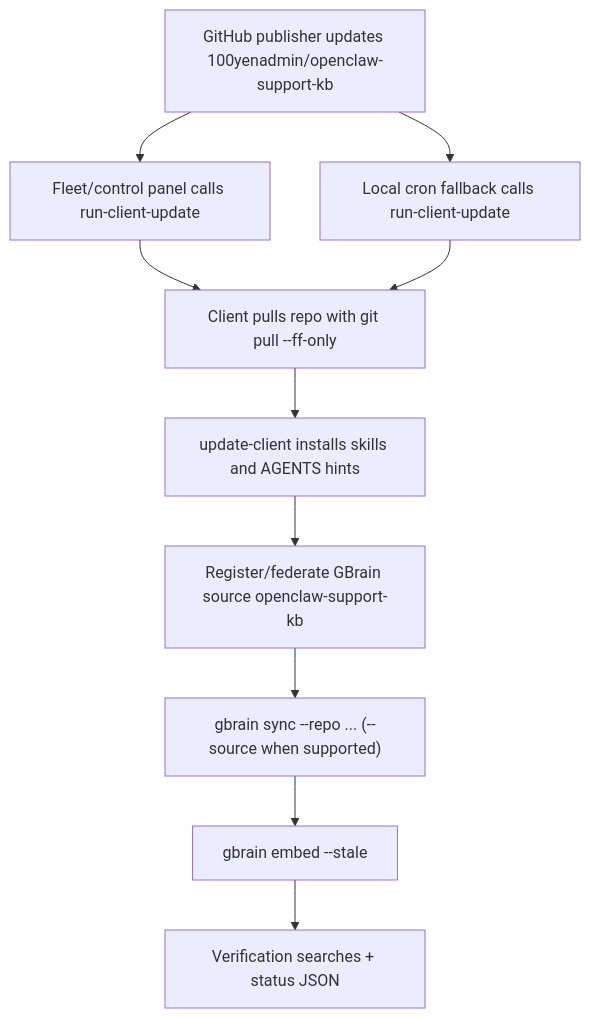
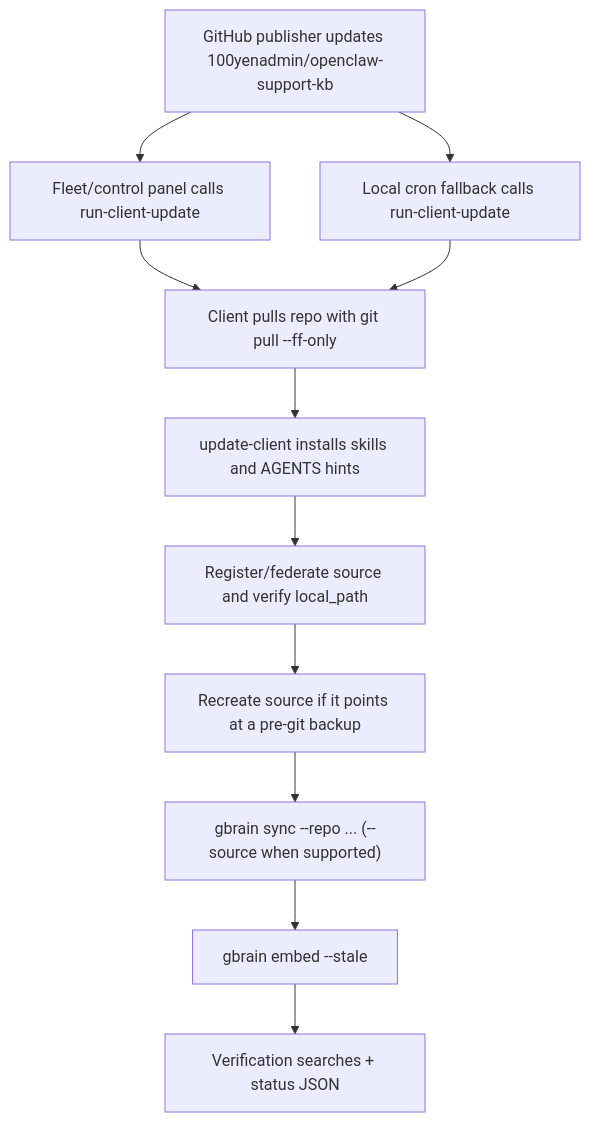
One commit to 100yenadmin/openclaw-support-kb changed the diagram in README.md. Above: the diagram before and after it, drawn with Mermaid. The commit also changed other lines of this file and 31 other files, not shown here.

Commit message:
Fix GBrain source hygiene

````diff
--- a/README.md
+++ b/README.md
@@ -165,12 +179,13 @@
 ```mermaid
 flowchart TD
   A["GitHub publisher updates 100yenadmin/openclaw-support-kb"] --> B["Fleet/control panel calls run-client-update"]
   A --> C["Local cron fallback calls run-client-update"]
   B --> D["Client pulls repo with git pull --ff-only"]
   C --> D
   D --> E["update-client installs skills and AGENTS hints"]
-  E --> F["Register/federate GBrain source openclaw-support-kb"]
-  F --> G["gbrain sync --repo ... (--source when supported)"]
-  G --> H["gbrain embed --stale"]
-  H --> I["Verification searches + status JSON"]
+  E --> F["Register/federate source and verify local_path"]
+  F --> G["Recreate source if it points at a pre-git backup"]
+  G --> H["gbrain sync --repo ... (--source when supported)"]
+  H --> I["gbrain embed --stale"]
+  I --> J["Verification searches + status JSON"]
 ```
````
